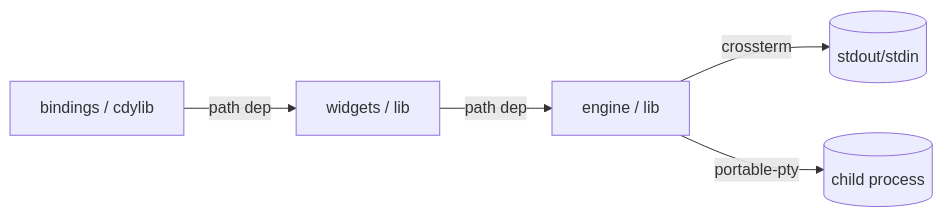
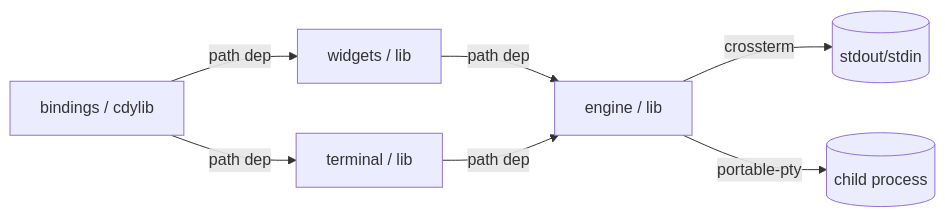
One commit to localfirstai/bettertui changed the third of 6 diagrams in docs/architecture/overview.md. Above: the diagram before and after it, drawn with Mermaid. The commit also changed other lines of this file and 25 other files, not shown here.

````diff
--- a/docs/architecture/overview.md
+++ b/docs/architecture/overview.md
@@ -103,7 +104,9 @@
 ```mermaid
 graph LR
-    B[bindings / cdylib] -->|path dep| W[widgets / lib]
+    B[bindings / cdylib] -->|path dep| T[terminal / lib]
+    B -->|path dep| W[widgets / lib]
     W -->|path dep| E[engine / lib]
+    T -->|path dep| E
     E -->|crossterm| C1[(stdout/stdin)]
     E -->|portable-pty| C2[(child process)]
 ```
````
